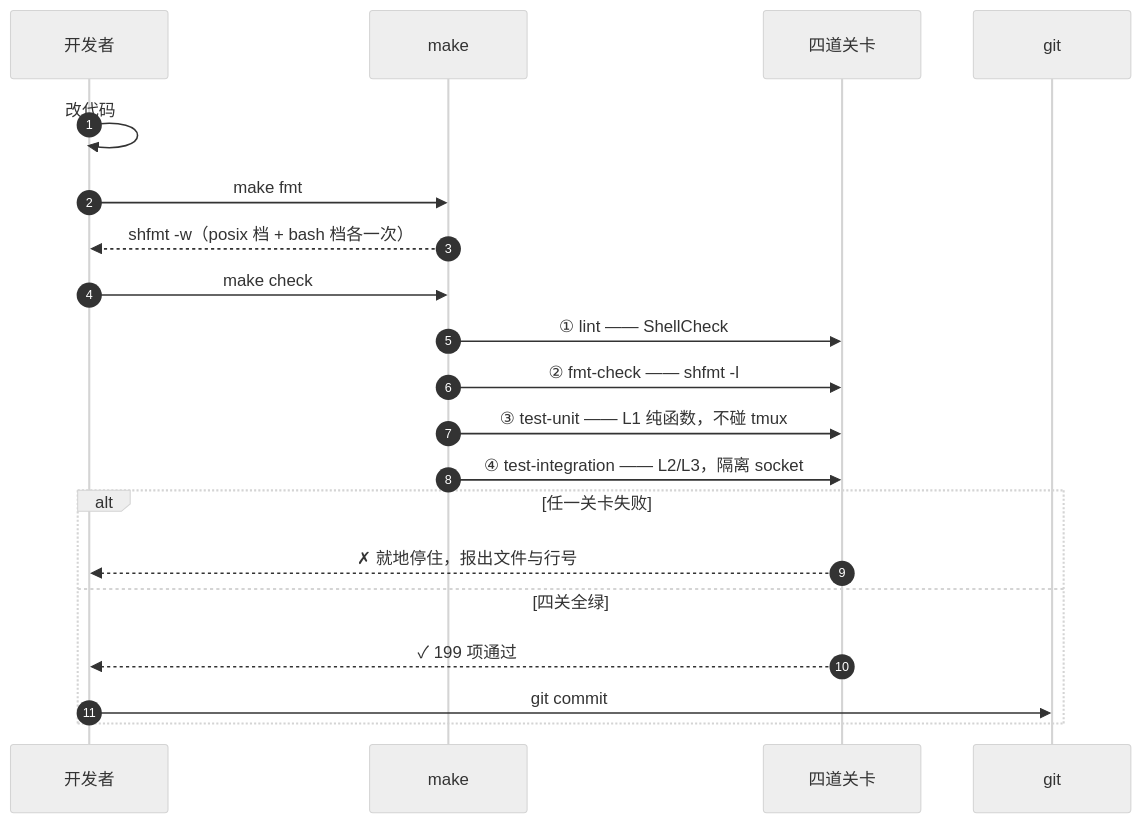
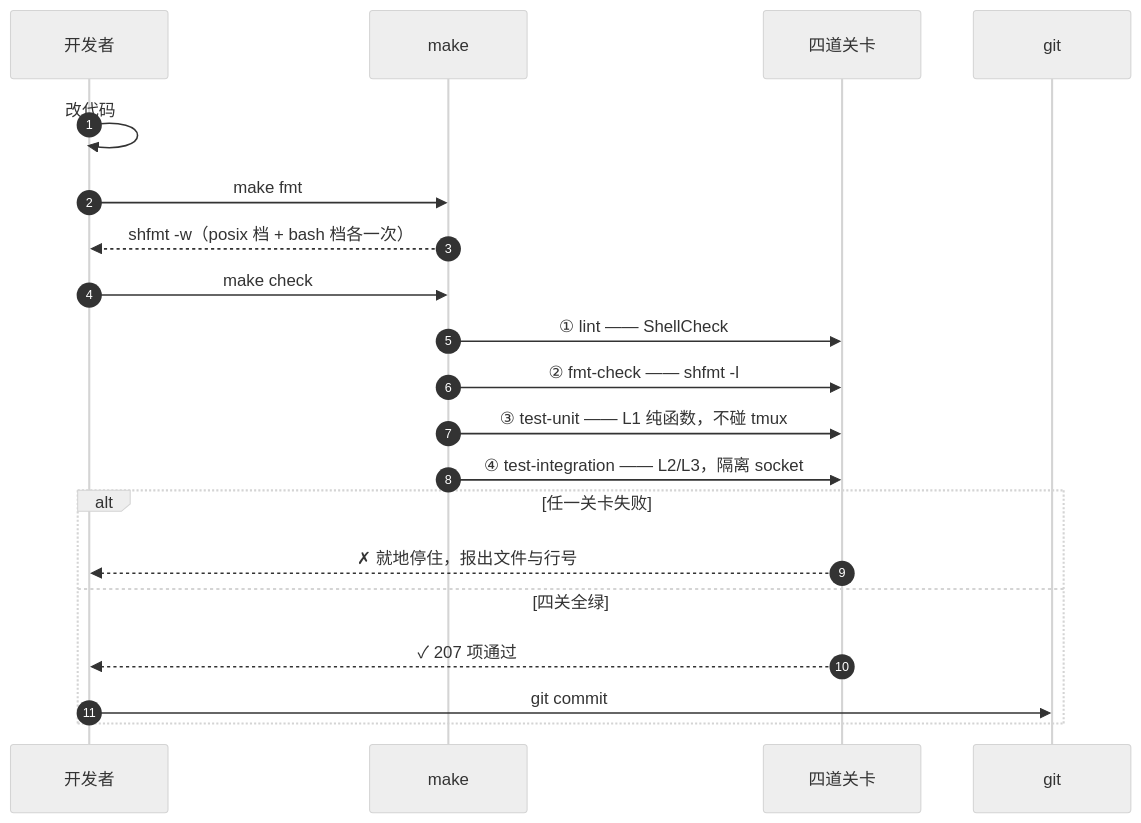
The first of 2 diagrams in docs/development.md (rich1e/tmux-whistle), drawn with Mermaid (neutral theme) before and after one commit. The commit also changed other lines of this file and 11 other files, not shown here.

First line of the commit message:
feat(status): status-right 增加四态汇总，默认图标定为 ● ✓ ◷ ✗

````diff
--- a/docs/development.md
+++ b/docs/development.md
@@ -55,23 +55,23 @@
 ```mermaid
 sequenceDiagram
     autonumber
     participant Dev as 开发者
     participant mk as make
     participant gate as 四道关卡
     participant git as git
 
     Dev->>Dev: 改代码
     Dev->>mk: make fmt
     mk-->>Dev: shfmt -w（posix 档 + bash 档各一次）
     Dev->>mk: make check
     mk->>gate: ① lint —— ShellCheck
     mk->>gate: ② fmt-check —— shfmt -l
     mk->>gate: ③ test-unit —— L1 纯函数，不碰 tmux
     mk->>gate: ④ test-integration —— L2/L3，隔离 socket
     alt 任一关卡失败
         gate-->>Dev: ✗ 就地停住，报出文件与行号
     else 四关全绿
-        gate-->>Dev: ✓ 199 项通过
+        gate-->>Dev: ✓ 207 项通过
         Dev->>git: git commit
     end
 ```
````
